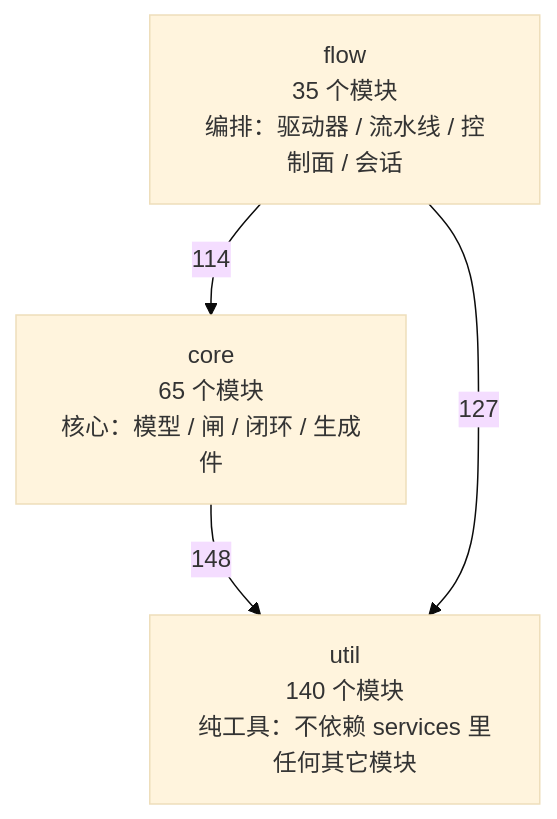
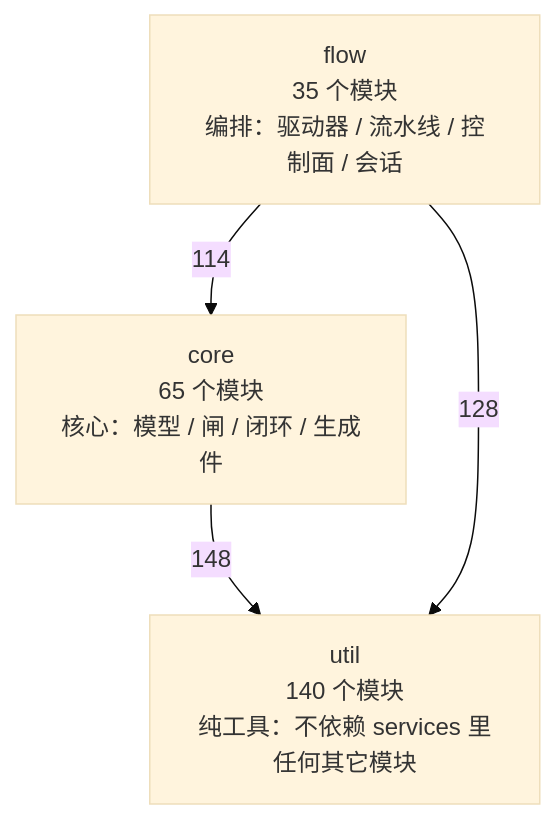
The first of 4 diagrams in docs/SlideRule V6.2 架构图（自动生成）.md (2686521696/WhyBuddy), drawn with Mermaid (base theme) before and after one commit. The commit also changed other lines of this file and 13 other files, not shown here.

````diff
--- a/docs/SlideRule V6.2 架构图（自动生成）.md
+++ b/docs/SlideRule V6.2 架构图（自动生成）.md
@@ -50,9 +50,9 @@
 ```mermaid
 flowchart TB
   util["util<br/>140 个模块<br/>纯工具：不依赖 services 里任何其它模块"]
   core["core<br/>65 个模块<br/>核心：模型 / 闸 / 闭环 / 生成件"]
   flow["flow<br/>35 个模块<br/>编排：驱动器 / 流水线 / 控制面 / 会话"]
   core -->|148| util
   flow -->|114| core
-  flow -->|127| util
+  flow -->|128| util
 ```
````
